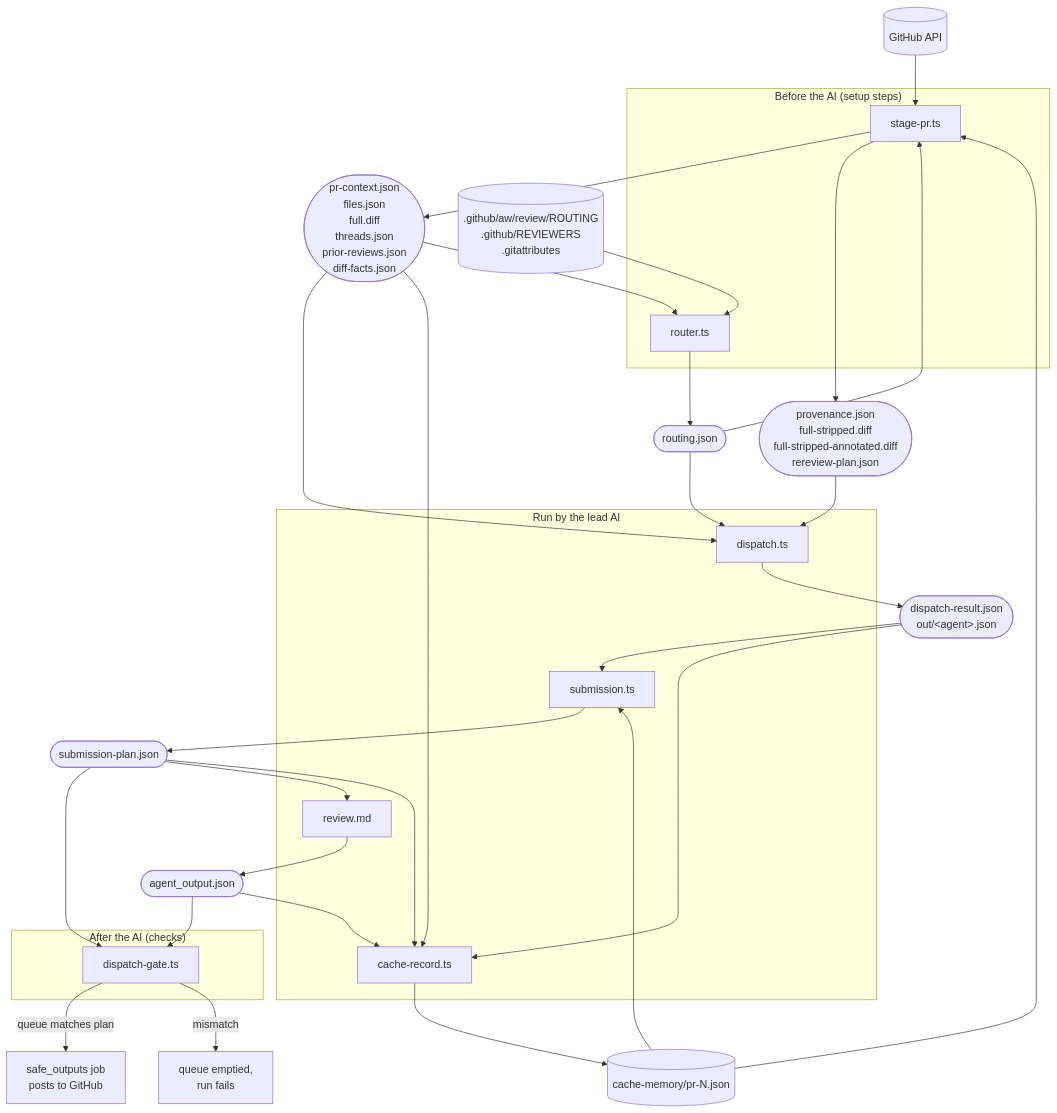
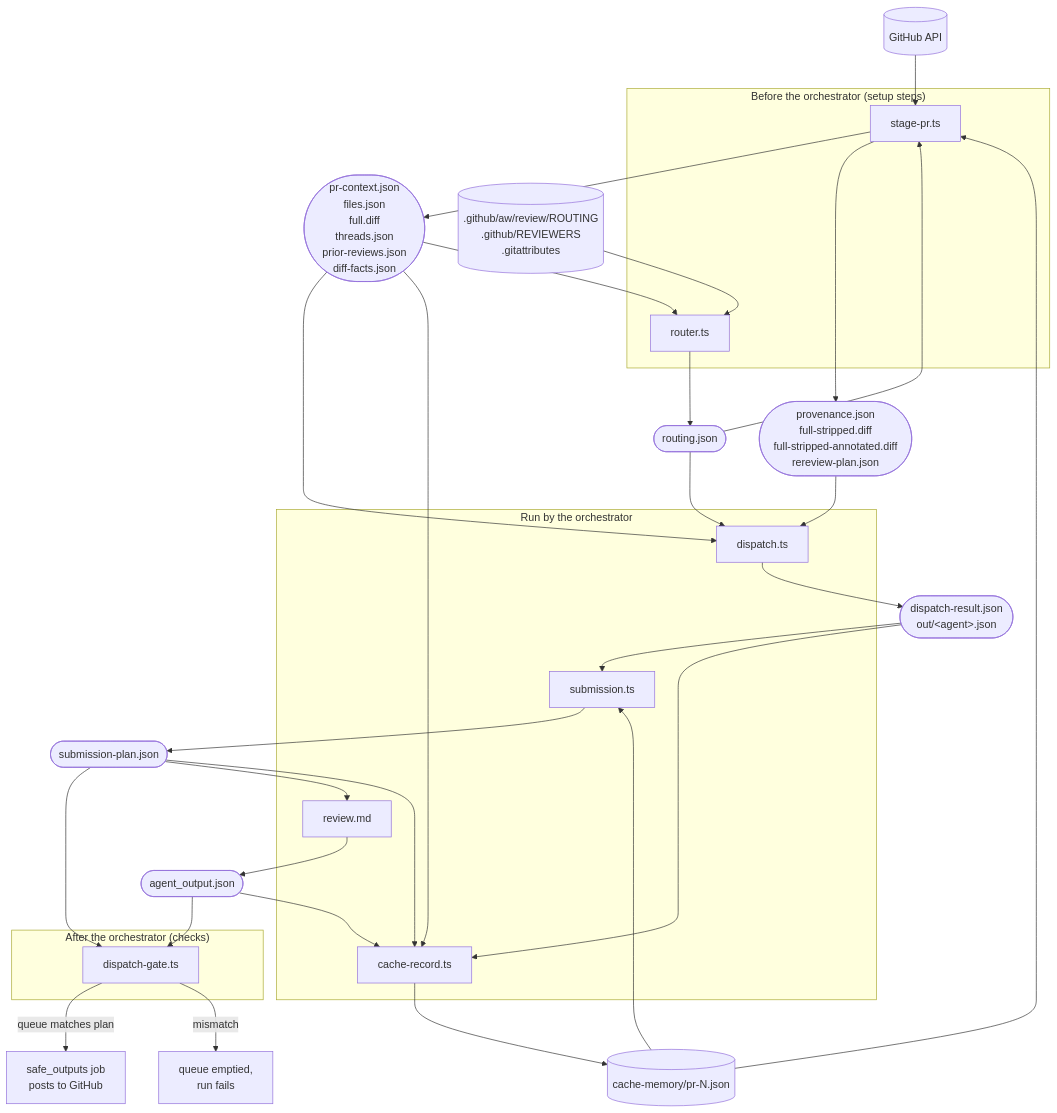
One commit to Khan/actions changed the seventh of 8 diagrams in workflows/review/ARCHITECTURE.md. Above: the diagram before and after it, drawn with Mermaid. The commit also changed other lines of this file, not shown here.

````diff
--- a/workflows/review/ARCHITECTURE.md
+++ b/workflows/review/ARCHITECTURE.md
@@ -118,39 +119,40 @@
 ```mermaid
+%%{init: {"flowchart": {"wrappingWidth": 400}}}%%
 flowchart TD
   GH[(GitHub API)] --> A
   Repo[(".github/aw/review/ROUTING<br/>.github/REVIEWERS<br/>.gitattributes")] --> B
   Cache[("cache-memory/pr-N.json")] --> A
 
-  subgraph Before["Before the AI (setup steps)"]
+  subgraph Before["Before the orchestrator (setup steps)"]
     A["stage-pr.ts"]
     B["router.ts"]
   end
   A --> F1(["pr-context.json<br/>files.json<br/>full.diff<br/>threads.json<br/>prior-reviews.json<br/>diff-facts.json"])
   F1 --> B
   B --> F2(["routing.json"])
   F2 --> A
   A --> F3(["provenance.json<br/>full-stripped.diff<br/>full-stripped-annotated.diff<br/>rereview-plan.json"])
 
-  subgraph During["Run by the lead AI"]
+  subgraph During["Run by the orchestrator"]
     C["dispatch.ts"]
     D["submission.ts"]
     E["review.md"]
     R["cache-record.ts"]
   end
   F1 & F2 & F3 --> C
   C --> F4(["dispatch-result.json<br/>out/&lt;agent&gt;.json"])
   F4 --> D
   Cache --> D
   D --> F5(["submission-plan.json"])
   F5 --> E
   E --> Q(["agent_output.json"])
   F1 & Q & F4 & F5 --> R
   R --> Cache
 
-  subgraph After["After the AI (checks)"]
+  subgraph After["After the orchestrator (checks)"]
     H["dispatch-gate.ts"]
   end
   Q & F5 --> H
   H -->|queue matches plan| Post[safe_outputs job<br/>posts to GitHub]
   H -->|mismatch| Strip[queue emptied,<br/>run fails]
 ```
````
